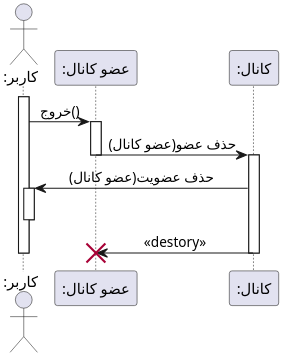
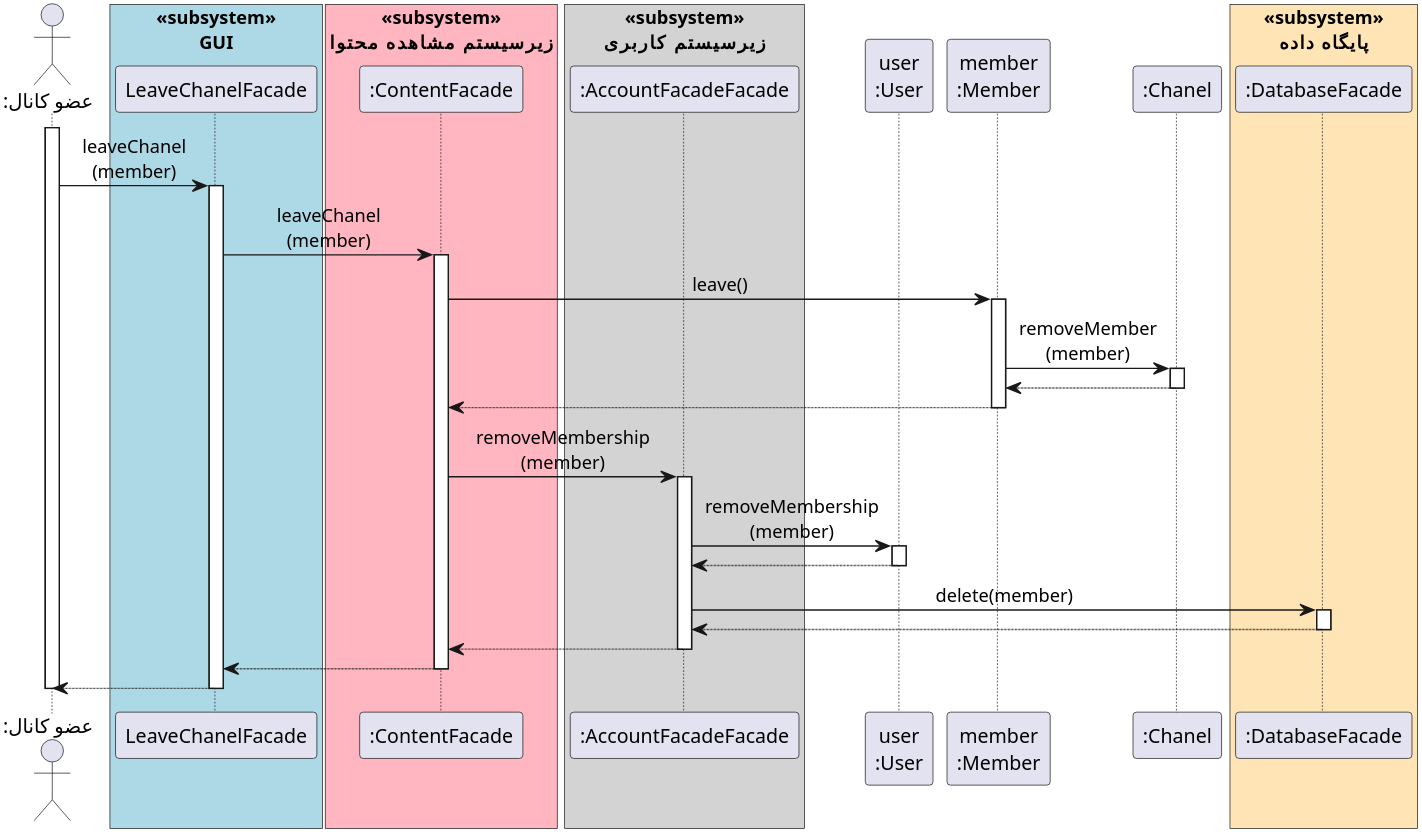
One commit to soleyman79/Qasedak changed the diagram in Diagrams/Design Sequence/LeaveChanel.puml. Above: the diagram before and after it, drawn with PlantUML. The commit also changed 1 other file, not shown here.

Commit message:
Add leave chanel

```diff
--- a/Diagrams/Design Sequence/LeaveChanel.puml
+++ b/Diagrams/Design Sequence/LeaveChanel.puml
@@ -1,26 +1,60 @@
 @startuml leave_chanel
 
 
-scale 3
+scale 4
 skinparam DefaultFontName Vazir
 skinparam DefaultTextAlignment center
 
 
-actor ":کاربر" as user
-participant ":عضو کانال" as member
-participant ":کانال" as chanel
+actor ":عضو کانال" as member
+box "«subsystem»\nGUI" #LightBlue
+participant "LeaveChanelFacade" as ui
+end box
+box "«subsystem»\nزیرسیستم مشاهده محتوا" #LightPink
+participant ":ContentFacade" as contentFacade
+end box
+box "«subsystem»\nزیرسیستم کاربری" #LightGray
+participant ":AccountFacadeFacade" as accountFacade
+end box
+participant "user\n:User" as user
+participant "member\n:Member" as memberObj
+participant ":Chanel" as chanel
+box "«subsystem»\nپایگاه داده" #Moccasin
+participant ":DatabaseFacade" as db
+end box
 
+activate member
+member -> ui: leaveChanel\n(member)
+activate ui
+ui -> contentFacade: leaveChanel\n(member)
+activate contentFacade
+contentFacade -> memberObj: leave()
+
+activate memberObj
+memberObj -> chanel: removeMember\n(member)
+activate chanel
+chanel --> memberObj
+deactivate chanel
+memberObj --> contentFacade
+deactivate memberObj
+
+contentFacade -> accountFacade: removeMembership\n(member)
+activate accountFacade
+accountFacade -> user: removeMembership\n(member)
 activate user
-user -> member : خروج()
-activate member
-member -> chanel : حذف عضو(عضو کانال)
+user --> accountFacade
+deactivate user
+accountFacade -> db: delete(member)
+activate db
+db --> accountFacade
+deactivate db
+accountFacade --> contentFacade
+deactivate accountFacade
+contentFacade --> ui
+deactivate contentFacade
+ui --> member
+deactivate ui
 deactivate member
-activate chanel
-chanel -> user : حذف عضویت(عضو کانال)
-activate user
-deactivate user
-chanel -> member !! : «destory»
-deactivate user
-deactivate chanel
+
 
 @enduml
```
